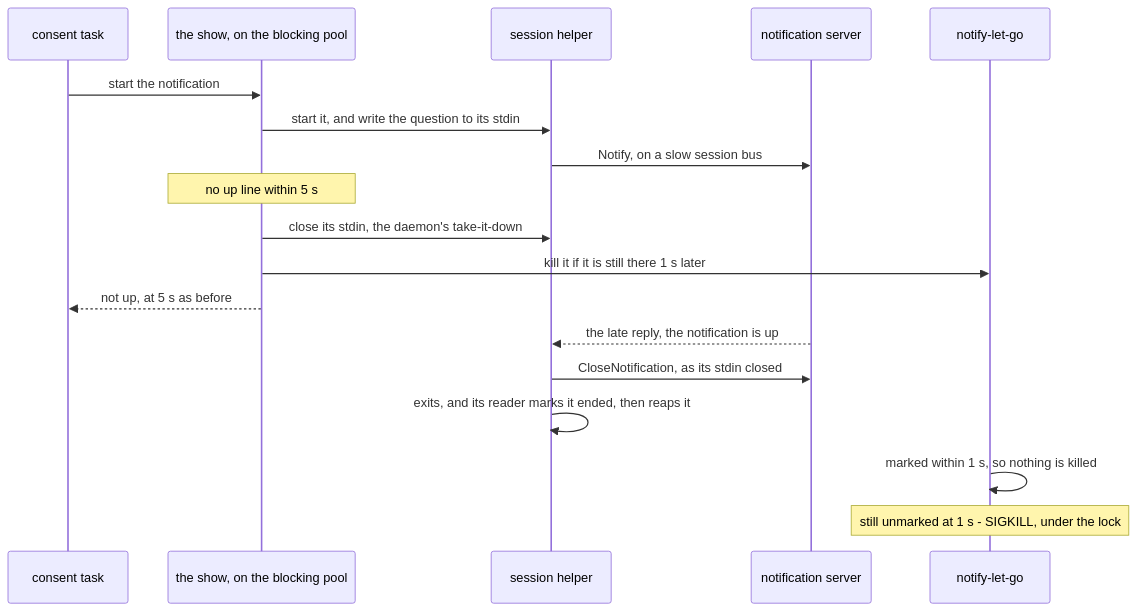
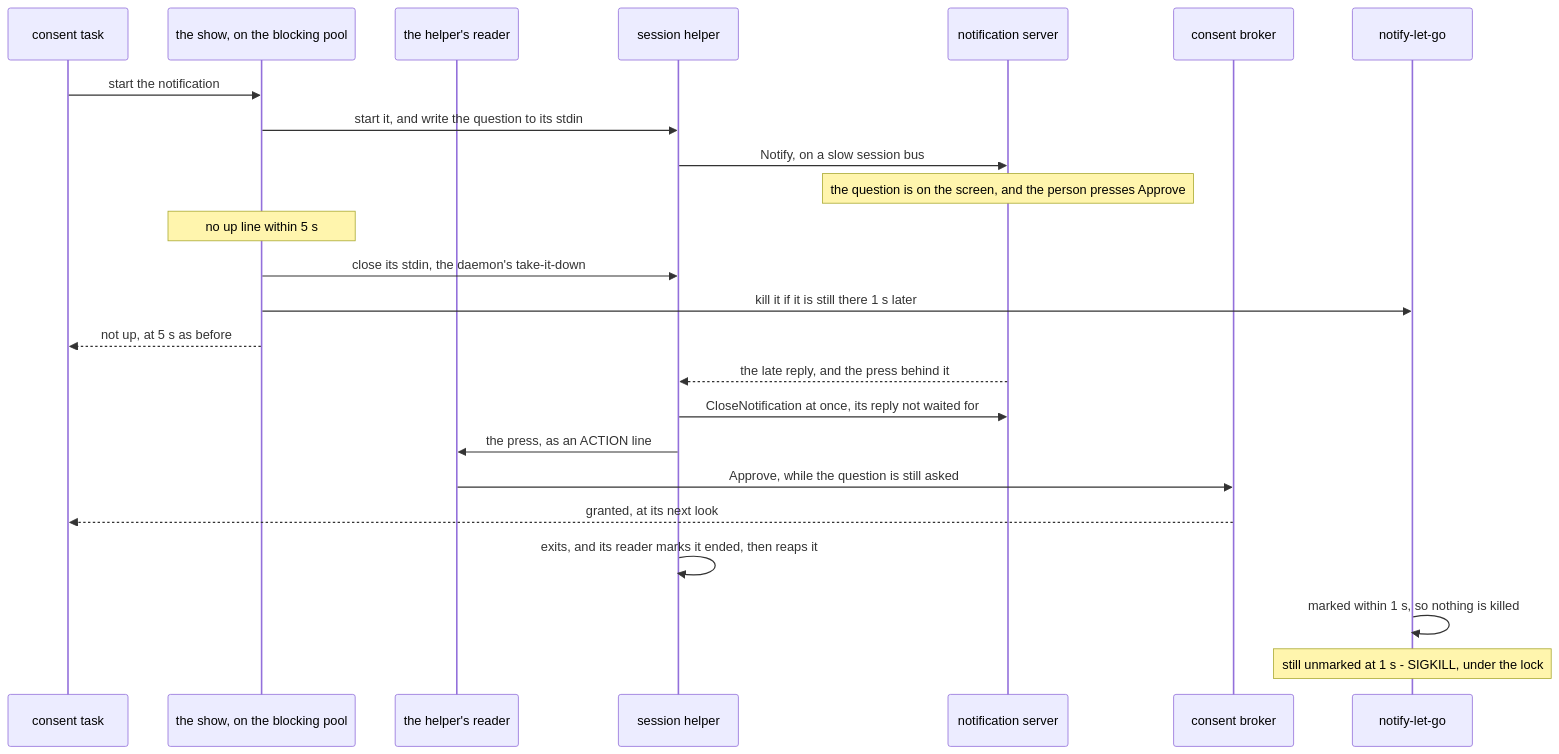
Diagram 17 of 34 in docs/desktop-companion.md (gjovanov/roomler-ai), drawn with Mermaid before and after one commit. The commit also changed other lines of this file and 2 other files, not shown here.

First line of the commit message:
docs(notify): a press after the daemon's close is passed on — §10.3.1, the wait and its margin, the tests (#3942)

````diff
--- a/docs/desktop-companion.md
+++ b/docs/desktop-companion.md
@@ -1374,20 +1415,26 @@
 ```mermaid
 sequenceDiagram
     participant T as consent task
     participant S as the show, on the blocking pool
+    participant R as the helper's reader
     participant H as session helper
     participant N as notification server
+    participant B as consent broker
     participant G as notify-let-go
     T->>S: start the notification
     S->>H: start it, and write the question to its stdin
     H->>N: Notify, on a slow session bus
+    Note over N: the question is on the screen, and the person presses Approve
     Note over S: no up line within 5 s
     S->>H: close its stdin, the daemon's take-it-down
     S->>G: kill it if it is still there 1 s later
     S-->>T: not up, at 5 s as before
-    N-->>H: the late reply, the notification is up
-    H->>N: CloseNotification, as its stdin closed
+    N-->>H: the late reply, and the press behind it
+    H->>N: CloseNotification at once, its reply not waited for
+    H->>R: the press, as an ACTION line
+    R->>B: Approve, while the question is still asked
+    B-->>T: granted, at its next look
     H->>H: exits, and its reader marks it ended, then reaps it
     G->>G: marked within 1 s, so nothing is killed
     Note over G: still unmarked at 1 s - SIGKILL, under the lock
 ```
````
